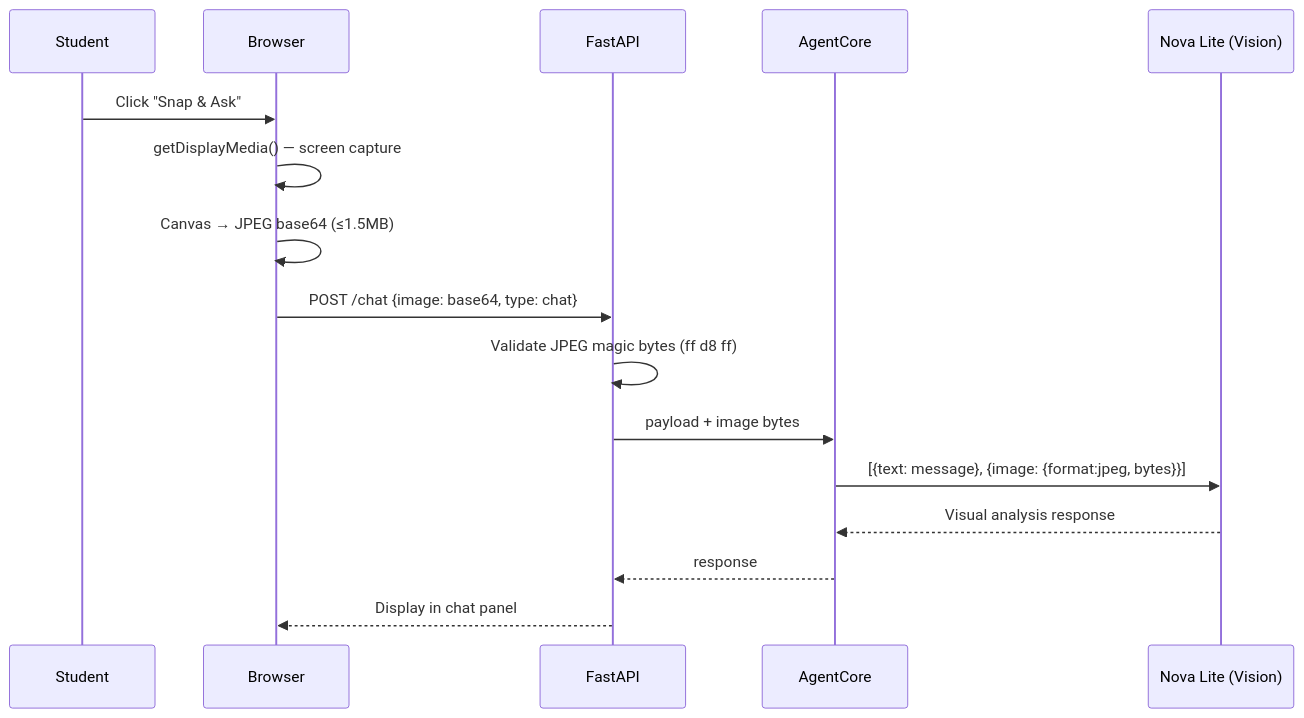
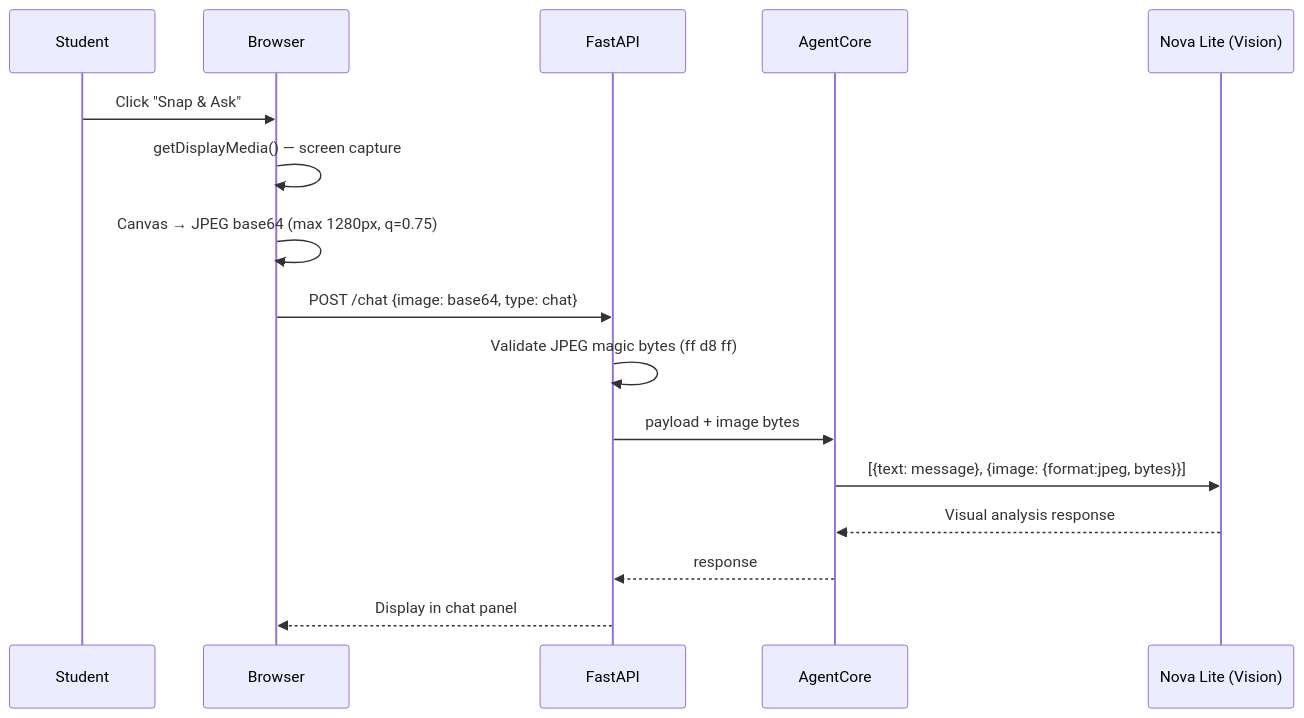
Before and after one commit to mohamedsorour1998/RosettaCloud: the fourth of 6 diagrams in README.md, drawn with Mermaid. The commit also changed other lines of this file, not shown here.

First line of the commit message:
fix: correct factual inaccuracies in README architecture diagrams

````diff
--- a/README.md
+++ b/README.md
@@ -203,19 +203,19 @@
 ```mermaid
 sequenceDiagram
     participant Student
     participant Browser
     participant FastAPI
     participant AgentCore
     participant Nova as Nova Lite (Vision)
 
     Student->>Browser: Click "Snap & Ask"
     Browser->>Browser: getDisplayMedia() — screen capture
-    Browser->>Browser: Canvas → JPEG base64 (≤1.5MB)
+    Browser->>Browser: Canvas → JPEG base64 (max 1280px, q=0.75)
     Browser->>FastAPI: POST /chat {image: base64, type: chat}
     FastAPI->>FastAPI: Validate JPEG magic bytes (ff d8 ff)
     FastAPI->>AgentCore: payload + image bytes
     AgentCore->>Nova: [{text: message}, {image: {format:jpeg, bytes}}]
     Nova-->>AgentCore: Visual analysis response
     AgentCore-->>FastAPI: response
     FastAPI-->>Browser: Display in chat panel
 ```
````
